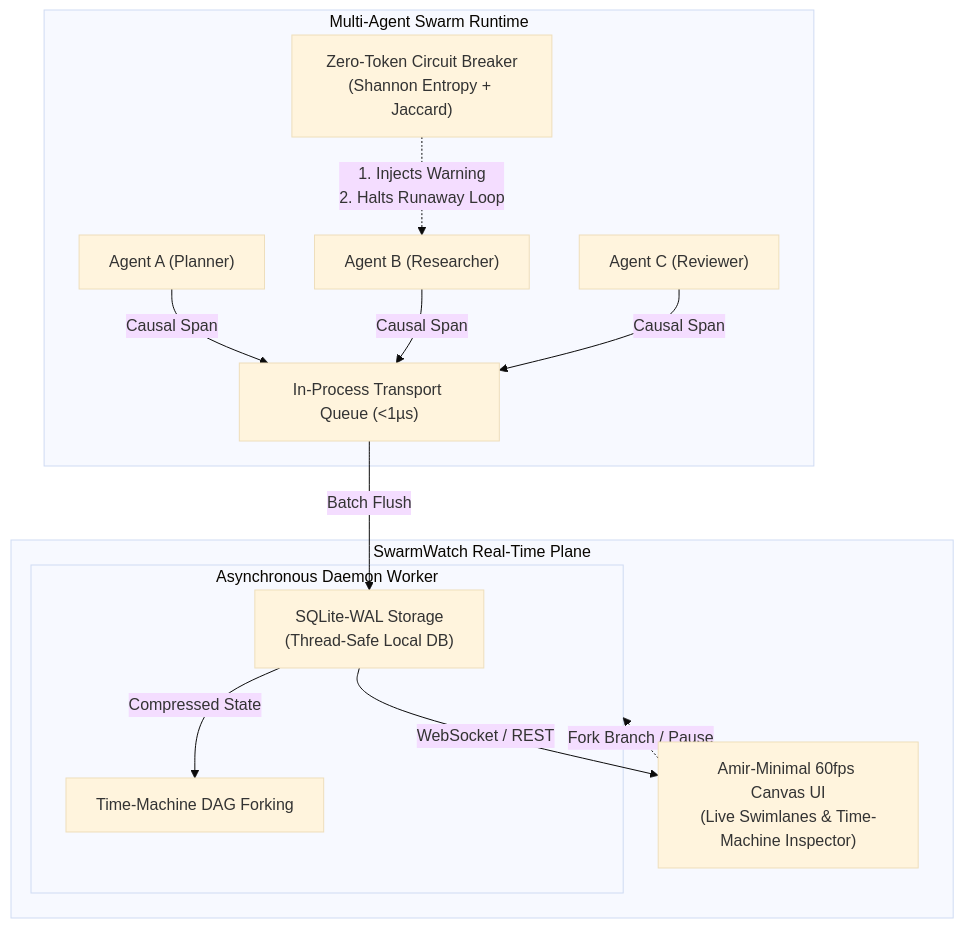
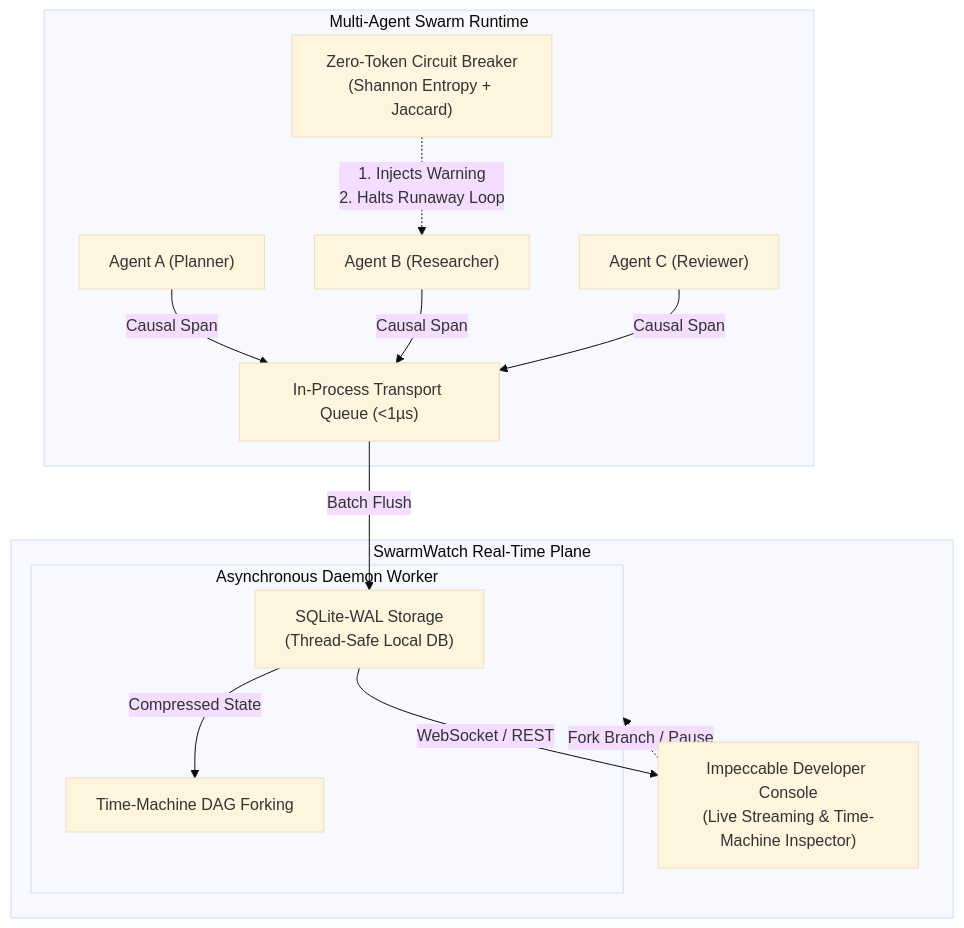
Before and after one commit to SkyCeoSa/SwarmWatch: the diagram in README.md, drawn with Mermaid (base theme). The commit also changed other lines of this file and 10 other files, not shown here.

Commit message:
docs: establish canonical reference handbook suite (docs/reference/ 01-08) covering research, roadmap, policies, skills, seams, and runbook

````diff
--- a/README.md
+++ b/README.md
@@ -29,19 +29,19 @@
 ```mermaid
 flowchart TB
     subgraph SwarmRuntime["Multi-Agent Swarm Runtime"]
         A1["Agent A (Planner)"] -->|"Causal Span"| T["In-Process Transport Queue (<1µs)"]
         A2["Agent B (Researcher)"] -->|"Causal Span"| T
         A3["Agent C (Reviewer)"] -->|"Causal Span"| T
         CB["Zero-Token Circuit Breaker<br/>(Shannon Entropy + Jaccard)"] -.->|"1. Injects Warning<br/>2. Halts Runaway Loop"| A2
     end
 
     subgraph BackgroundWorker["Asynchronous Daemon Worker"]
         T -->|"Batch Flush"| SW["SQLite-WAL Storage<br/>(Thread-Safe Local DB)"]
         SW -->|"Compressed State"| TM["Time-Machine DAG Forking"]
     end
 
     subgraph ObservabilityUI["SwarmWatch Real-Time Plane"]
-        SW -->|"WebSocket / REST"| UI["Amir-Minimal 60fps Canvas UI<br/>(Live Swimlanes & Time-Machine Inspector)"]
+        SW -->|"WebSocket / REST"| UI["Impeccable Developer Console<br/>(Live Streaming & Time-Machine Inspector)"]
         UI -.->|"Fork Branch / Pause"| BackgroundWorker
     end
 ```
````
